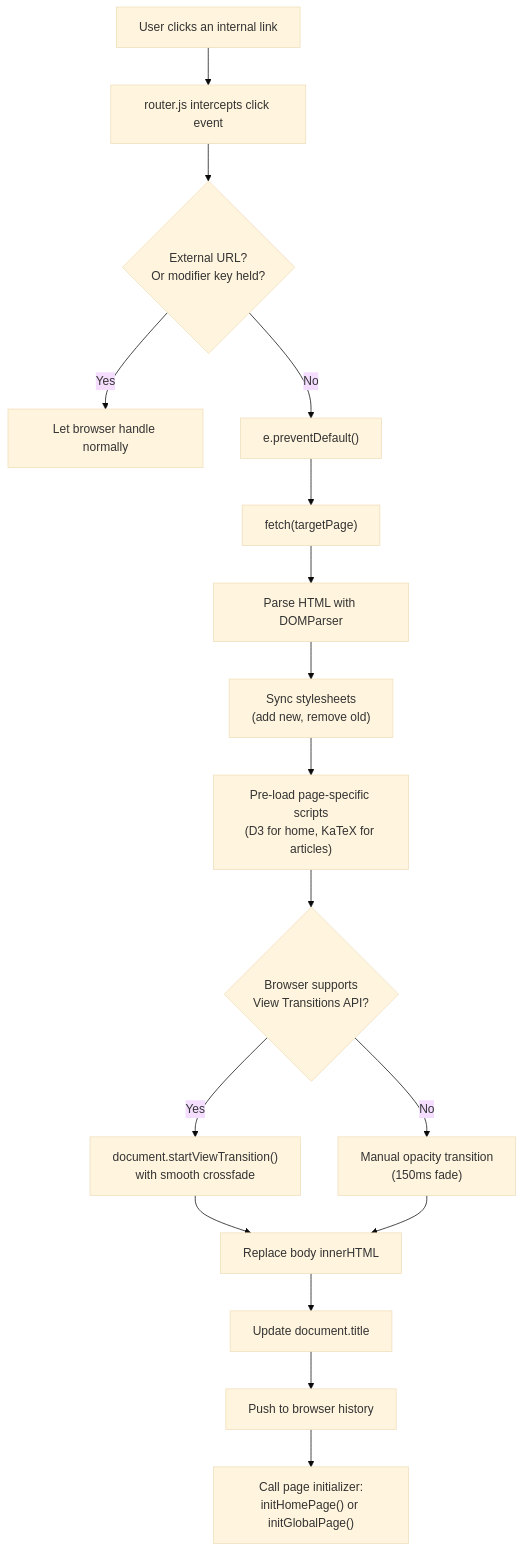
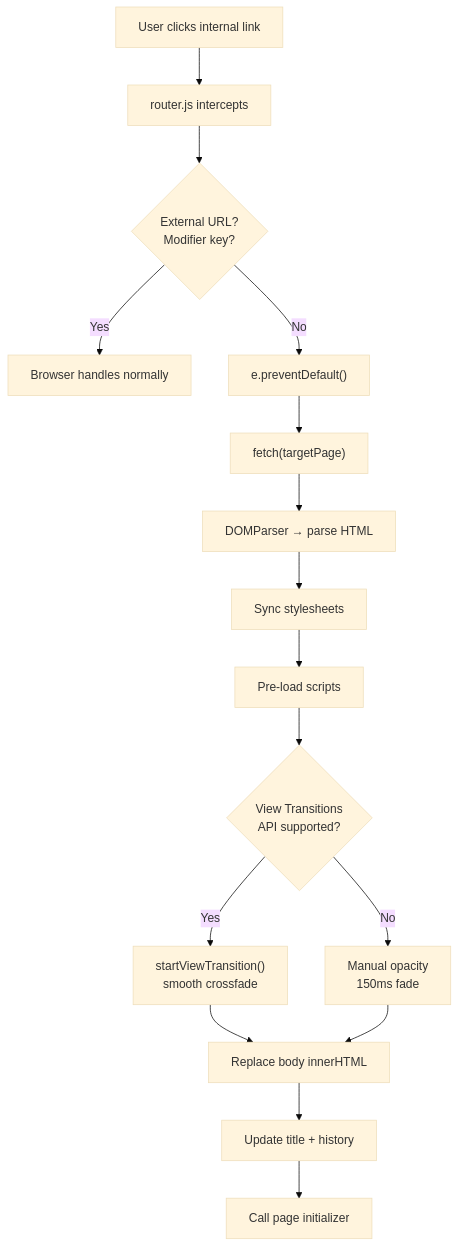
Diagram 12 of 13 in README.md (Kavyargb/Neuron-IQ), drawn with Mermaid (base theme) before and after one commit. The commit also changed other lines of this file, not shown here.

Commit message:
docs: overhaul README with enhanced formatting, project badges, and detailed architecture documentation

````diff
--- a/README.md
+++ b/README.md
@@ -798,19 +781,18 @@
 ```mermaid
 flowchart TD
-    A["User clicks an internal link"] --> B["router.js intercepts click event"]
-    B --> C{"External URL?<br>Or modifier key held?"}
-    C -- "Yes" --> D["Let browser handle normally"]
+    A["User clicks internal link"] --> B["router.js intercepts"]
+    B --> C{"External URL?<br/>Modifier key?"}
+    C -- "Yes" --> D["Browser handles normally"]
     C -- "No" --> E["e.preventDefault()"]
     E --> F["fetch(targetPage)"]
-    F --> G["Parse HTML with DOMParser"]
-    G --> H["Sync stylesheets<br>(add new, remove old)"]
-    H --> I["Pre-load page-specific scripts<br>(D3 for home, KaTeX for articles)"]
-    I --> J{"Browser supports<br>View Transitions API?"}
-    J -- "Yes" --> K["document.startViewTransition()<br>with smooth crossfade"]
-    J -- "No" --> L["Manual opacity transition<br>(150ms fade)"]
+    F --> G["DOMParser → parse HTML"]
+    G --> H["Sync stylesheets"]
+    H --> I["Pre-load scripts"]
+    I --> J{"View Transitions<br/>API supported?"}
+    J -- "Yes" --> K["startViewTransition()<br/>smooth crossfade"]
+    J -- "No" --> L["Manual opacity<br/>150ms fade"]
     K --> M["Replace body innerHTML"]
     L --> M
-    M --> N["Update document.title"]
-    N --> O["Push to browser history"]
-    O --> P["Call page initializer:<br>initHomePage() or initGlobalPage()"]
+    M --> N["Update title + history"]
+    N --> O["Call page initializer"]
 ```
````
